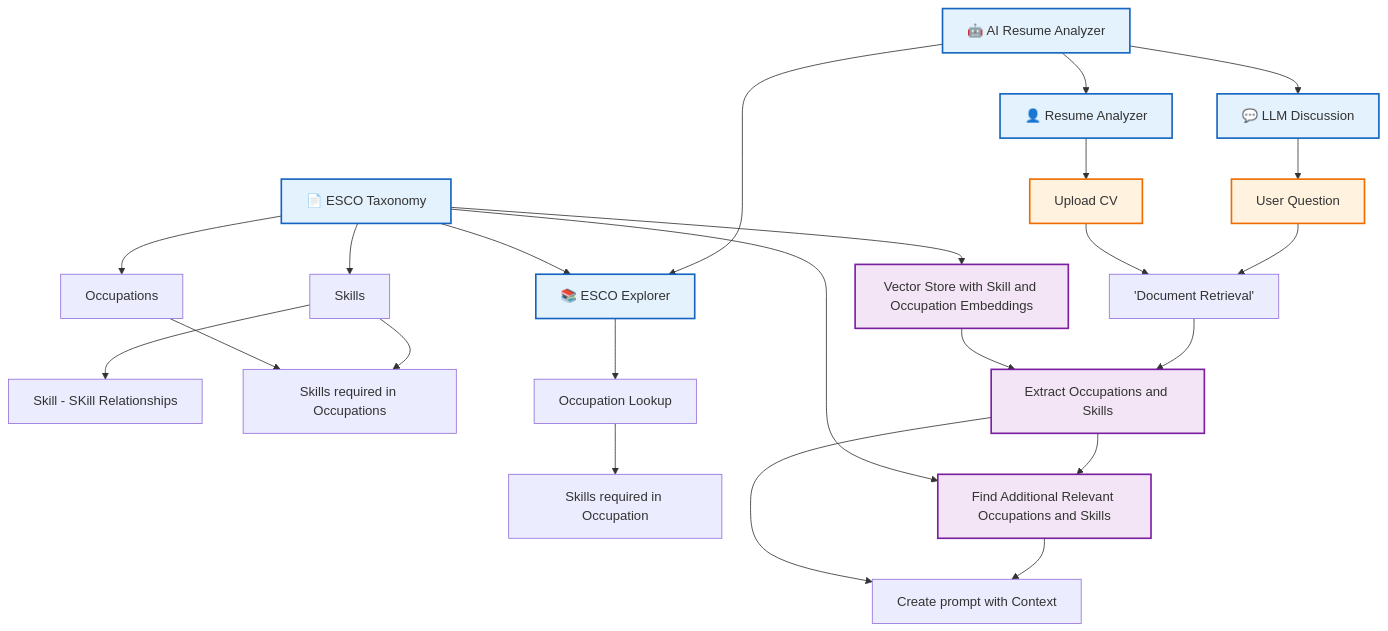
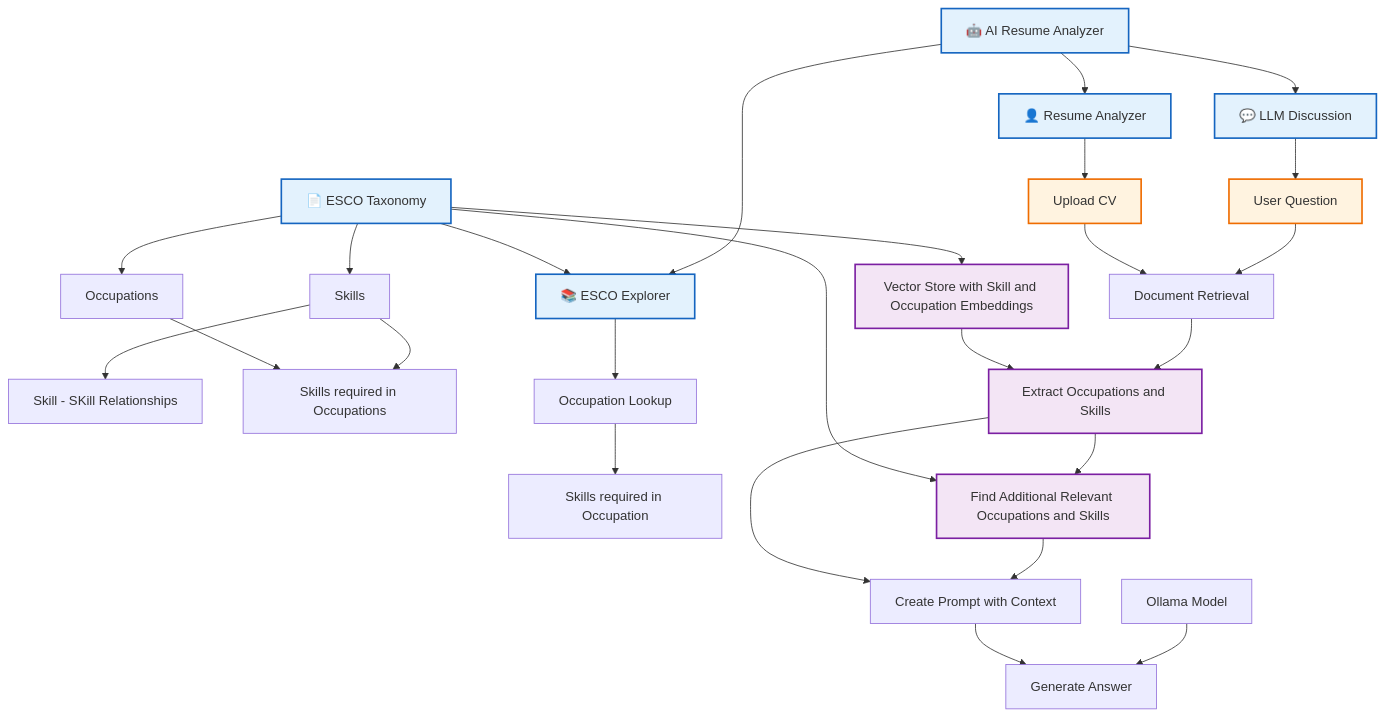
One commit to koncharman/resume_analyzer changed the diagram in README.md. Above: the diagram before and after it, drawn with Mermaid.

````diff
--- a/README.md
+++ b/README.md
@@ -10,45 +10,48 @@
 ```mermaid
 flowchart TD
     ES["📄 ESCO Taxonomy"]
     ES --> ESS["Skills"]
     ES --> ESO["Occupations"]
     ESS --> ESSS["Skill - SKill Relationships"]
     ESS --> ESSO["Skills required in Occupations"]
     ESO --> ESSO
 
     A["🤖 AI Resume Analyzer"]
     
     A --> B["📚 ESCO Explorer"]
     A --> C["💬 LLM Discussion"]
     A --> D["👤 Resume Analyzer"]
 
     ES --> B
     B --> E["Occupation Lookup"]
     E --> F["Skills required in Occupation"]
 
     ES --> VEC["Vector Store with Skill and Occupation Embeddings"]
 
     C --> H["User Question"]
 
     D --> I["Upload CV"]
 
-    H --> J['Document Retrieval']
+    H --> J["Document Retrieval"]
     I --> J
 
     J --> RAG["Extract Occupations and Skills"]
     VEC --> RAG
 
     RAG --> DS["Find Additional Relevant Occupations and Skills"]
     ES --> DS
 
-    DS --> CX["Create prompt with Context"]
+    DS --> CX["Create Prompt with Context"]
     RAG --> CX
+
+    OLL["Ollama Model"] --> AN["Generate Answer"]
+    CX --> AN
     
     classDef app fill:#e3f2fd,stroke:#1565c0,stroke-width:2px;
     classDef rag fill:#f3e5f5,stroke:#7b1fa2,stroke-width:2px;
     classDef llm fill:#fff3e0,stroke:#ef6c00,stroke-width:2px;
 
     class ES,A,B,C,D app;
     class VEC,RAG,DS rag;
     class H,I llm;
 ```
````
